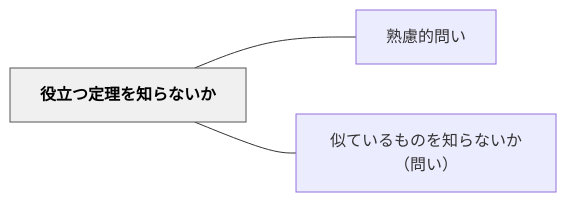
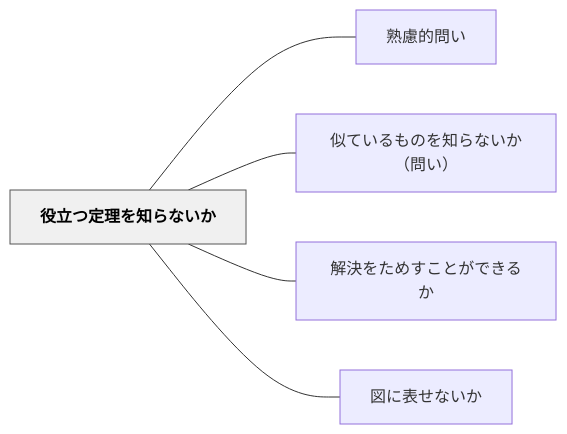
One commit to unknownthings-ed-patterns/unknownthings-ed-patterns changed the diagram in content/パタン/役立つ定理を知らないか.md. Above: the diagram before and after it, drawn with Mermaid. The commit also changed other lines of this file and 47 other files, not shown here.

````diff
--- a/content/パタン/役立つ定理を知らないか.md
+++ b/content/パタン/役立つ定理を知らないか.md
@@ -39,12 +41,16 @@
 ```mermaid
 flowchart LR
     ne5bdb9e7ab8b["役立つ定理を知らないか"]
     ne7869fe685ae["熟慮的問い"]
     ne4bcbce381a6["似ているものを知らないか（問い）"]
+    ne8a7a3e6b1ba["解決をためすことができるか"]
+    ne59bb3e381ab["図に表せないか"]
 
     ne5bdb9e7ab8b --- ne7869fe685ae
     ne5bdb9e7ab8b --- ne4bcbce381a6
+    ne5bdb9e7ab8b --- ne8a7a3e6b1ba
+    ne5bdb9e7ab8b --- ne59bb3e381ab
 
     classDef hub fill:#f0f0f0,stroke:#555,color:#000,font-weight:bold
     class ne5bdb9e7ab8b hub
 ```
````
